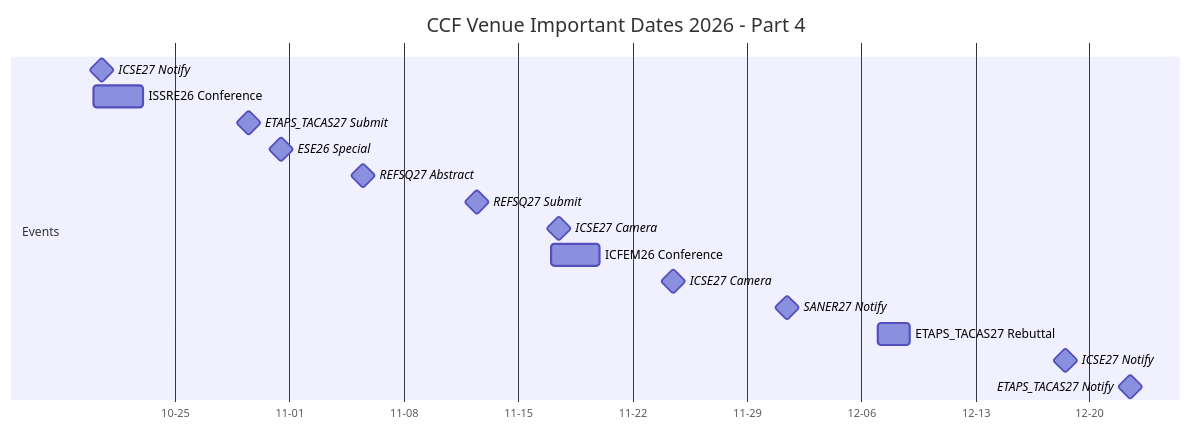
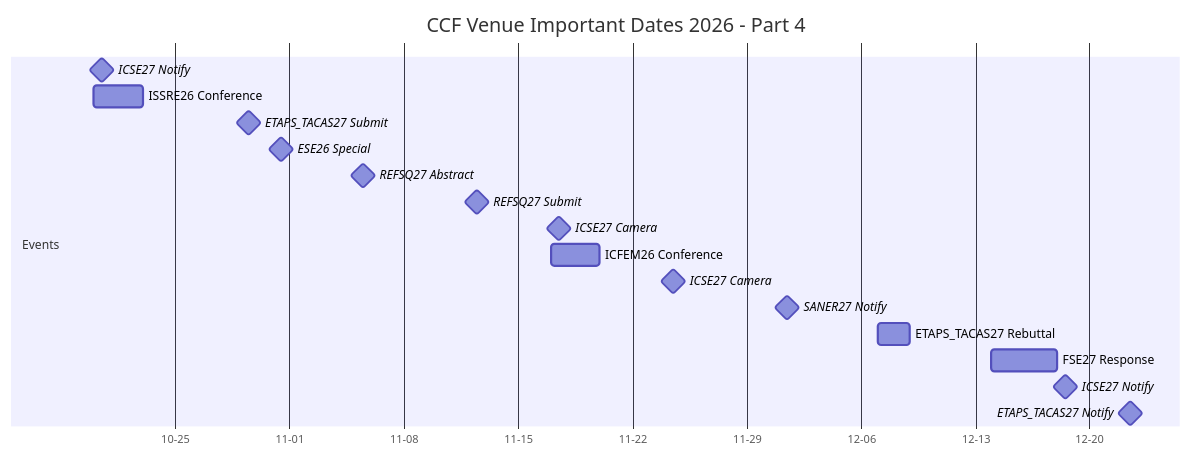
The sixth of 25 diagrams in ccf_venues/TIMELINE.md (HansBug/research_ideas), drawn with Mermaid before and after one commit. The commit also changed other lines of this file and 21 other files, not shown here.

````diff
--- a/ccf_venues/TIMELINE.md
+++ b/ccf_venues/TIMELINE.md
@@ -472,21 +494,22 @@
 ```mermaid
 gantt
   title CCF Venue Important Dates 2026 - Part 4
   dateFormat YYYY-MM-DD
   axisFormat %m-%d
 
   section Events
   ICSE27 Notify :milestone, icse_27_106_20261020, 2026-10-20, 1d
   ISSRE26 Conference :issre_26_107_20261020, 2026-10-20, 2026-10-23
   ETAPS_TACAS27 Submit :milestone, etaps_tacas_27_108_20261029, 2026-10-29, 1d
   ESE26 Special :milestone, ese_26_109_20261031, 2026-10-31, 1d
   REFSQ27 Abstract :milestone, refsq_27_110_20261105, 2026-11-05, 1d
   REFSQ27 Submit :milestone, refsq_27_111_20261112, 2026-11-12, 1d
   ICSE27 Camera :milestone, icse_27_112_20261117, 2026-11-17, 1d
   ICFEM26 Conference :icfem_26_113_20261117, 2026-11-17, 2026-11-20
   ICSE27 Camera :milestone, icse_27_114_20261124, 2026-11-24, 1d
   SANER27 Notify :milestone, saner_27_115_20261201, 2026-12-01, 1d
   ETAPS_TACAS27 Rebuttal :etaps_tacas_27_116_20261207, 2026-12-07, 2026-12-09
+  FSE27 Response :fse_27_response_20261214, 2026-12-14, 2026-12-18
   ICSE27 Notify :milestone, icse_27_117_20261218, 2026-12-18, 1d
   ETAPS_TACAS27 Notify :milestone, etaps_tacas_27_118_20261222, 2026-12-22, 1d
 ```
````
